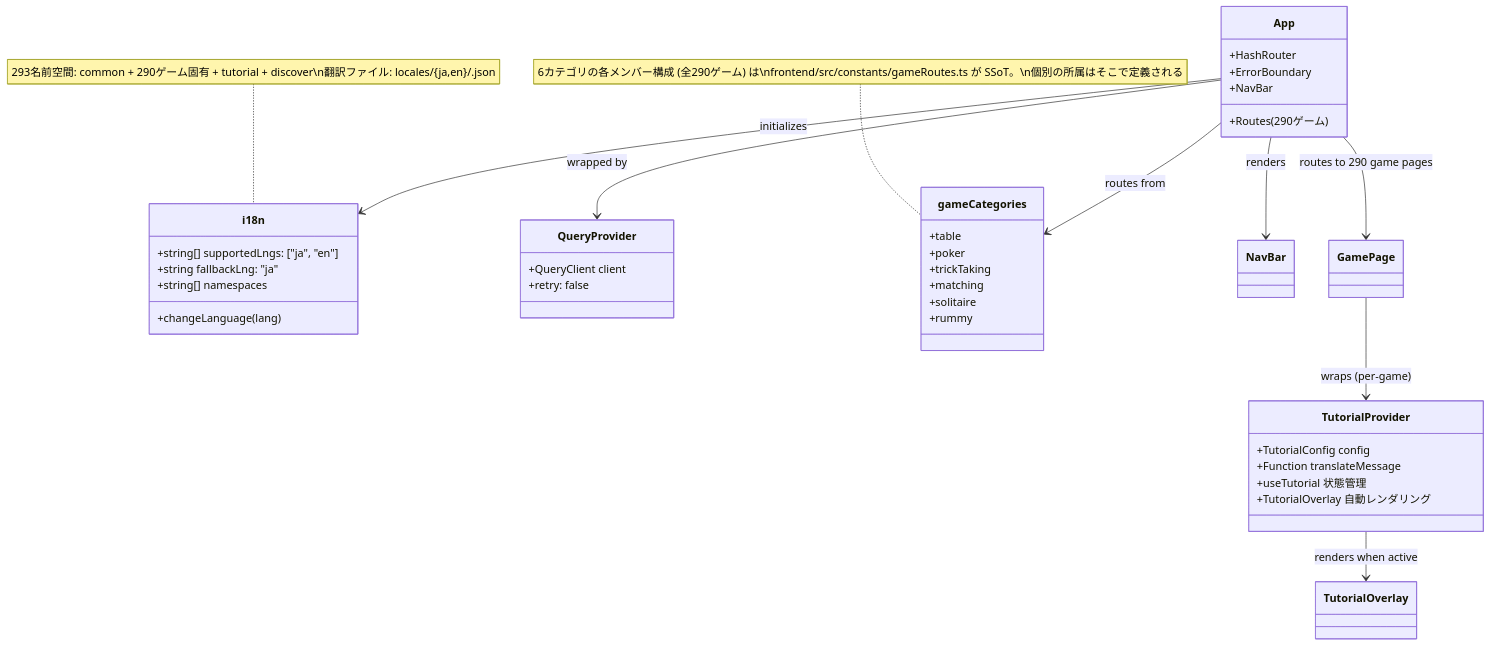
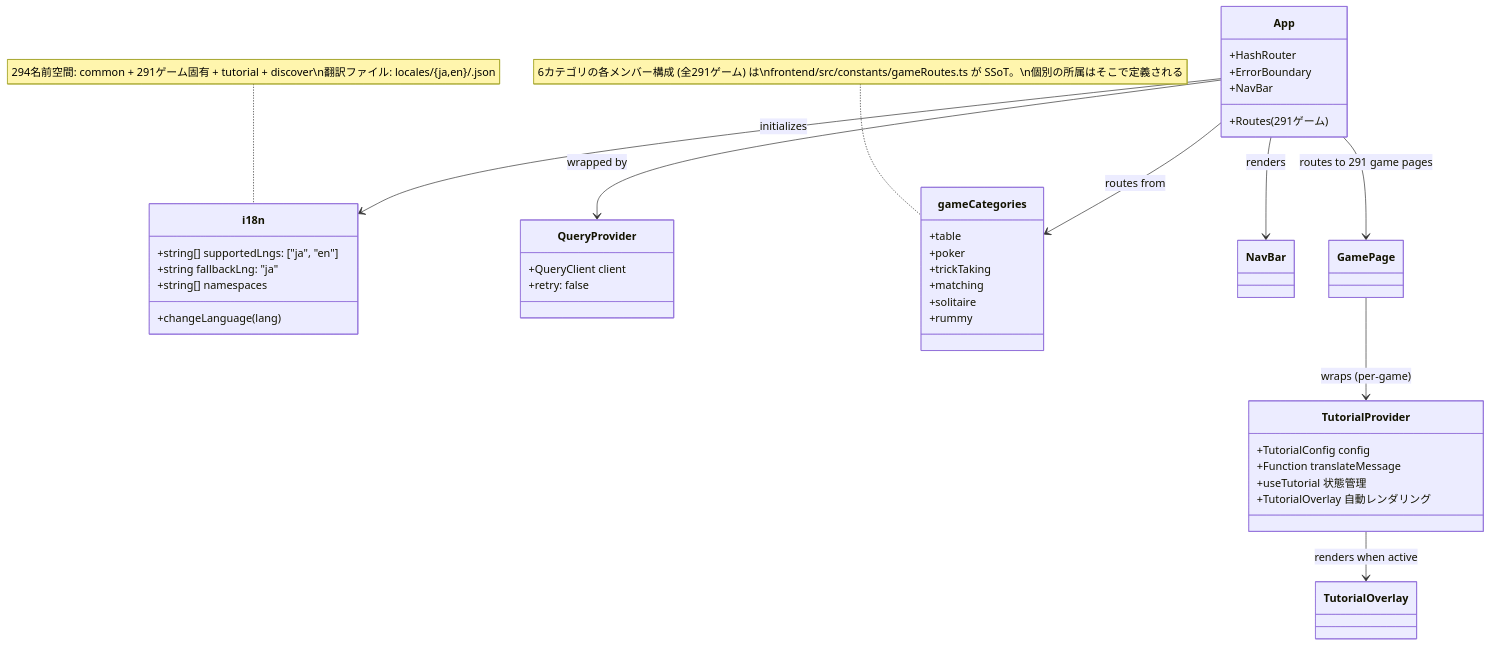
The ninth of 49 diagrams in docs/design/frontend.md (yuta-yoshinaga/go_trumpcards), drawn with Mermaid before and after one commit. The commit also changed other lines of this file and 61 other files, not shown here.

````diff
--- a/docs/design/frontend.md
+++ b/docs/design/frontend.md
@@ -1869,48 +1869,48 @@
 ```mermaid
 classDiagram
     class i18n {
         +string[] supportedLngs: ["ja", "en"]
         +string fallbackLng: "ja"
         +string[] namespaces
         +changeLanguage(lang)
     }
 
     class QueryProvider {
         +QueryClient client
         +retry: false
     }
 
     class App {
         +HashRouter
         +ErrorBoundary
         +NavBar
-        +Routes (290ゲーム)
+        +Routes (291ゲーム)
     }
 
     class gameCategories {
         +table
         +poker
         +trickTaking
         +matching
         +solitaire
         +rummy
     }
-    note for gameCategories "6カテゴリの各メンバー構成 (全290ゲーム) は\nfrontend/src/constants/gameRoutes.ts が SSoT。\n個別の所属はそこで定義される"
+    note for gameCategories "6カテゴリの各メンバー構成 (全291ゲーム) は\nfrontend/src/constants/gameRoutes.ts が SSoT。\n個別の所属はそこで定義される"
 
     class TutorialProvider {
         +TutorialConfig config
         +Function translateMessage
         +useTutorial 状態管理
         +TutorialOverlay 自動レンダリング
     }
 
     App --> QueryProvider : wrapped by
     App --> i18n : initializes
     App --> gameCategories : routes from
     App --> NavBar : renders
-    App --> GamePage : routes to 290 game pages
+    App --> GamePage : routes to 291 game pages
     GamePage --> TutorialProvider : wraps (per-game)
     TutorialProvider --> TutorialOverlay : renders when active
 
-    note for i18n "293名前空間: common + 290ゲーム固有 + tutorial + discover\n翻訳ファイル: locales/{ja,en}/<game>.json"
+    note for i18n "294名前空間: common + 291ゲーム固有 + tutorial + discover\n翻訳ファイル: locales/{ja,en}/<game>.json"
 ```
````
